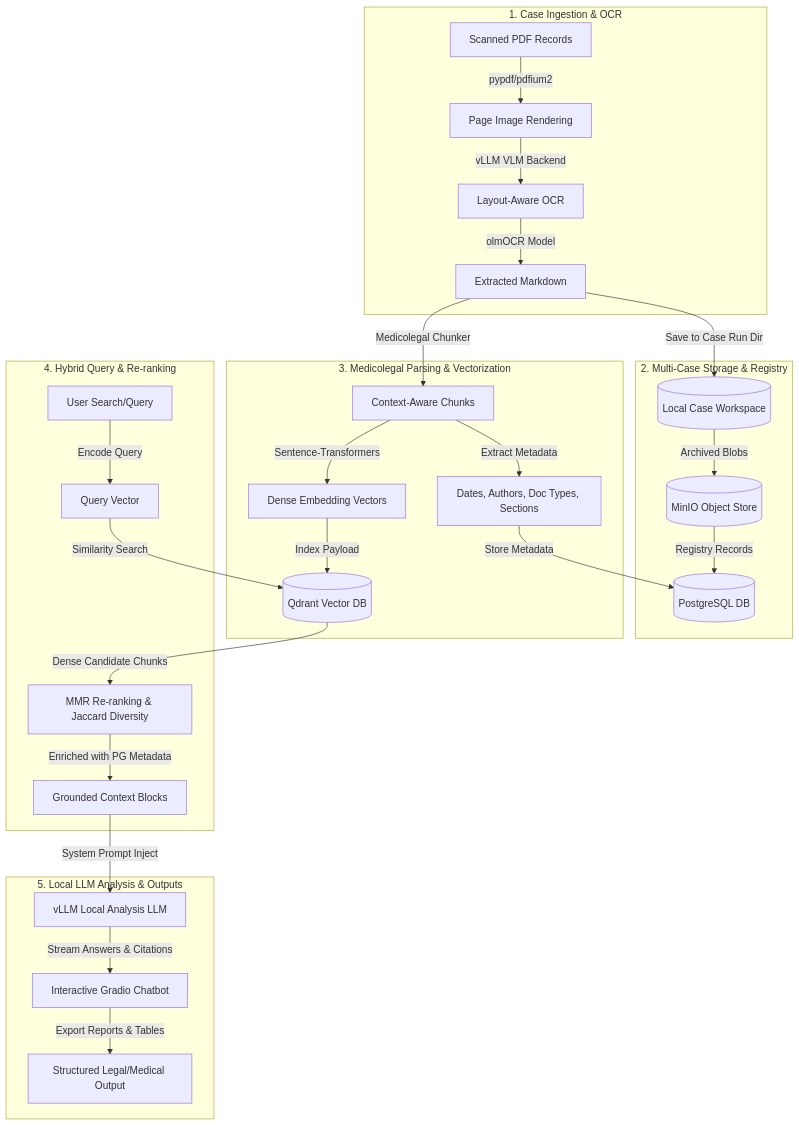
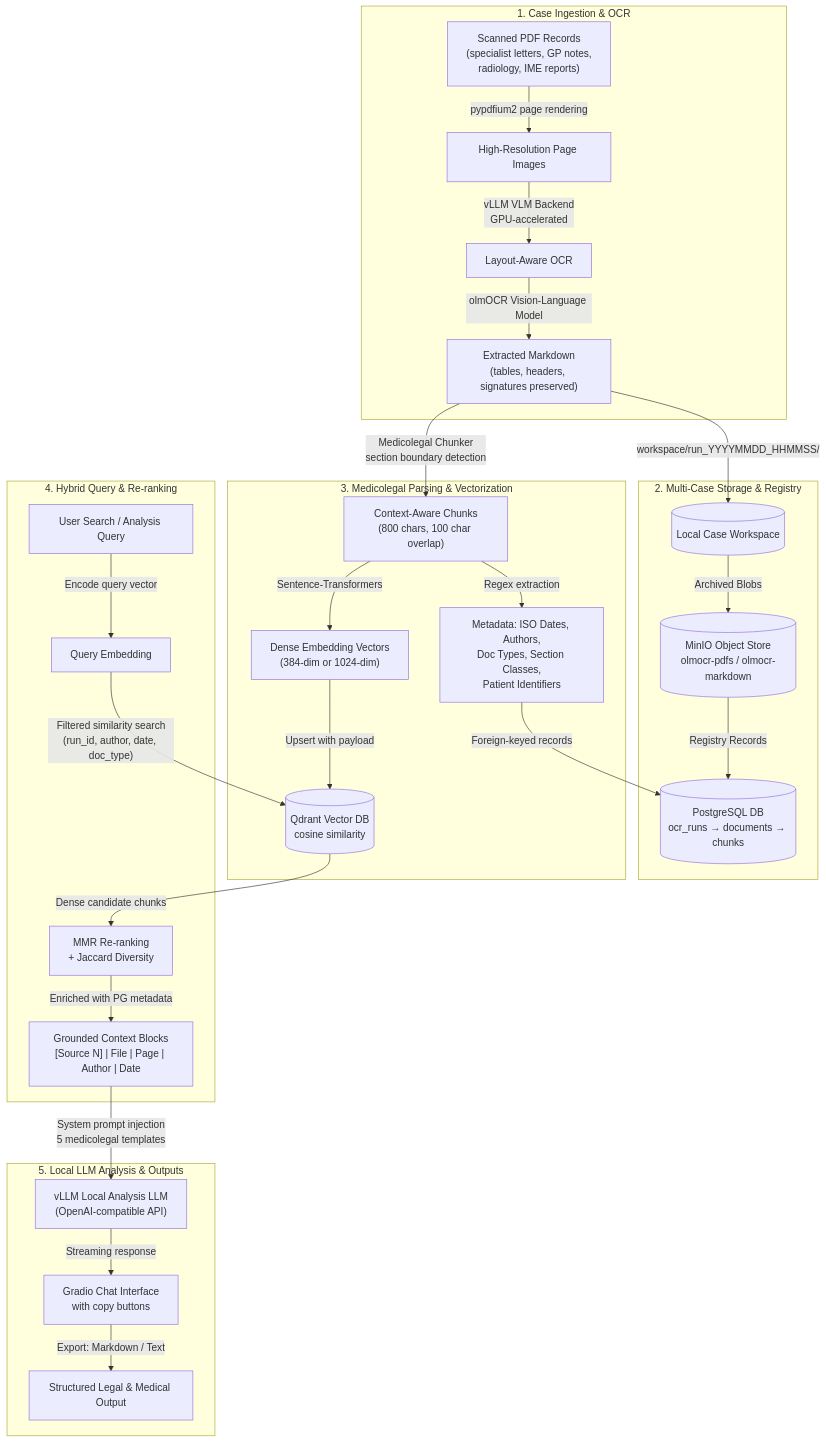
One commit to r70pro/CORAG changed the first of 3 diagrams in medicolegal_rag_guide.md. Above: the diagram before and after it, drawn with Mermaid. The commit also changed other lines of this file and 12 other files, not shown here.

Commit message:
Implement export features, medicolegal RAG improvements, and run audit fixes

````diff
--- a/medicolegal_rag_guide.md
+++ b/medicolegal_rag_guide.md
@@ -11,35 +14,35 @@
 ```mermaid
 flowchart TD
     subgraph Ingestion ["1. Case Ingestion & OCR"]
-        A[Scanned PDF Records] -->|pypdf/pdfium2| B[Page Image Rendering]
-        B -->|vLLM VLM Backend| C[Layout-Aware OCR]
-        C -->|olmOCR Model| D[Extracted Markdown]
+        A["Scanned PDF Records<br/>(specialist letters, GP notes,<br/>radiology, IME reports)"] -->|pypdfium2 page rendering| B["High-Resolution Page Images"]
+        B -->|vLLM VLM Backend<br/>GPU-accelerated| C["Layout-Aware OCR"]
+        C -->|olmOCR Vision-Language Model| D["Extracted Markdown<br/>(tables, headers, signatures preserved)"]
     end
 
     subgraph Storage ["2. Multi-Case Storage & Registry"]
-        D -->|Save to Case Run Dir| E[(Local Case Workspace)]
-        E -->|Archived Blobs| F[(MinIO Object Store)]
-        F -->|Registry Records| G[(PostgreSQL DB)]
+        D -->|"workspace/run_YYYYMMDD_HHMMSS/"| E[("Local Case Workspace")]
+        E -->|Archived Blobs| F[("MinIO Object Store<br/>olmocr-pdfs / olmocr-markdown")]
+        F -->|Registry Records| G[("PostgreSQL DB<br/>ocr_runs → documents → chunks")]
     end
 
     subgraph Indexing ["3. Medicolegal Parsing & Vectorization"]
-        D -->|Medicolegal Chunker| H[Context-Aware Chunks]
-        H -->|Extract Metadata| I[Dates, Authors, Doc Types, Sections]
-        H -->|Sentence-Transformers| J[Dense Embedding Vectors]
-        J -->|Index Payload| K[(Qdrant Vector DB)]
-        I -->|Store Metadata| G
+        D -->|Medicolegal Chunker<br/>section boundary detection| H["Context-Aware Chunks<br/>(800 chars, 100 char overlap)"]
+        H -->|Regex extraction| I["Metadata: ISO Dates, Authors,<br/>Doc Types, Section Classes,<br/>Patient Identifiers"]
+        H -->|Sentence-Transformers| J["Dense Embedding Vectors<br/>(384-dim or 1024-dim)"]
+        J -->|Upsert with payload| K[("Qdrant Vector DB<br/>cosine similarity")]
+        I -->|Foreign-keyed records| G
     end
 
     subgraph Retrieval ["4. Hybrid Query & Re-ranking"]
-        L[User Search/Query] -->|Encode Query| M[Query Vector]
-        M -->|Similarity Search| K
-        K -->|Dense Candidate Chunks| N[MMR Re-ranking & Jaccard Diversity]
-        N -->|Enriched with PG Metadata| O[Grounded Context Blocks]
+        L["User Search / Analysis Query"] -->|Encode query vector| M["Query Embedding"]
+        M -->|"Filtered similarity search<br/>(run_id, author, date, doc_type)"| K
+        K -->|Dense candidate chunks| N["MMR Re-ranking<br/>+ Jaccard Diversity"]
+        N -->|Enriched with PG metadata| O["Grounded Context Blocks<br/>[Source N] | File | Page | Author | Date"]
     end
 
     subgraph Generation ["5. Local LLM Analysis & Outputs"]
-        O -->|System Prompt Inject| P[vLLM Local Analysis LLM]
-        P -->|Stream Answers & Citations| Q[Interactive Gradio Chatbot]
-        Q -->|Export Reports & Tables| R[Structured Legal/Medical Output]
+        O -->|System prompt injection<br/>5 medicolegal templates| P["vLLM Local Analysis LLM<br/>(OpenAI-compatible API)"]
+        P -->|Streaming response| Q["Gradio Chat Interface<br/>with copy buttons"]
+        Q -->|"Export: Markdown / Text"| R["Structured Legal & Medical Output"]
     end
 ```
````
